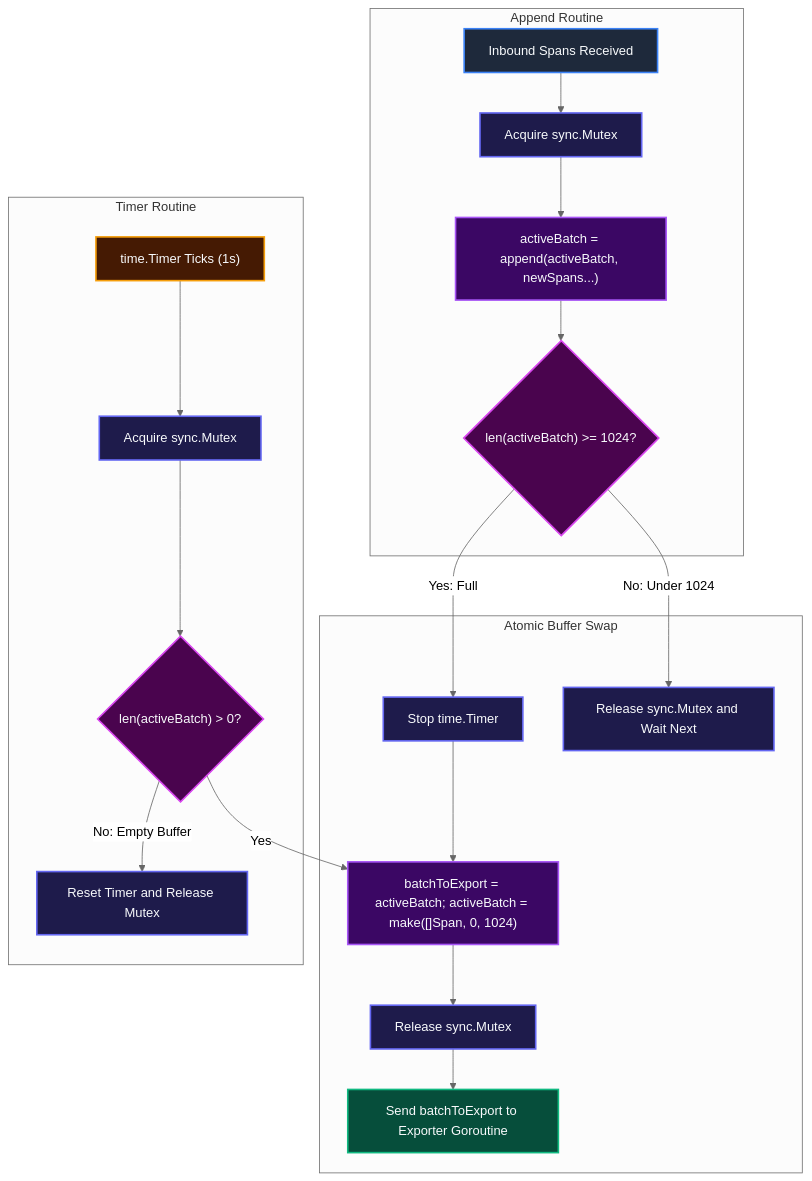
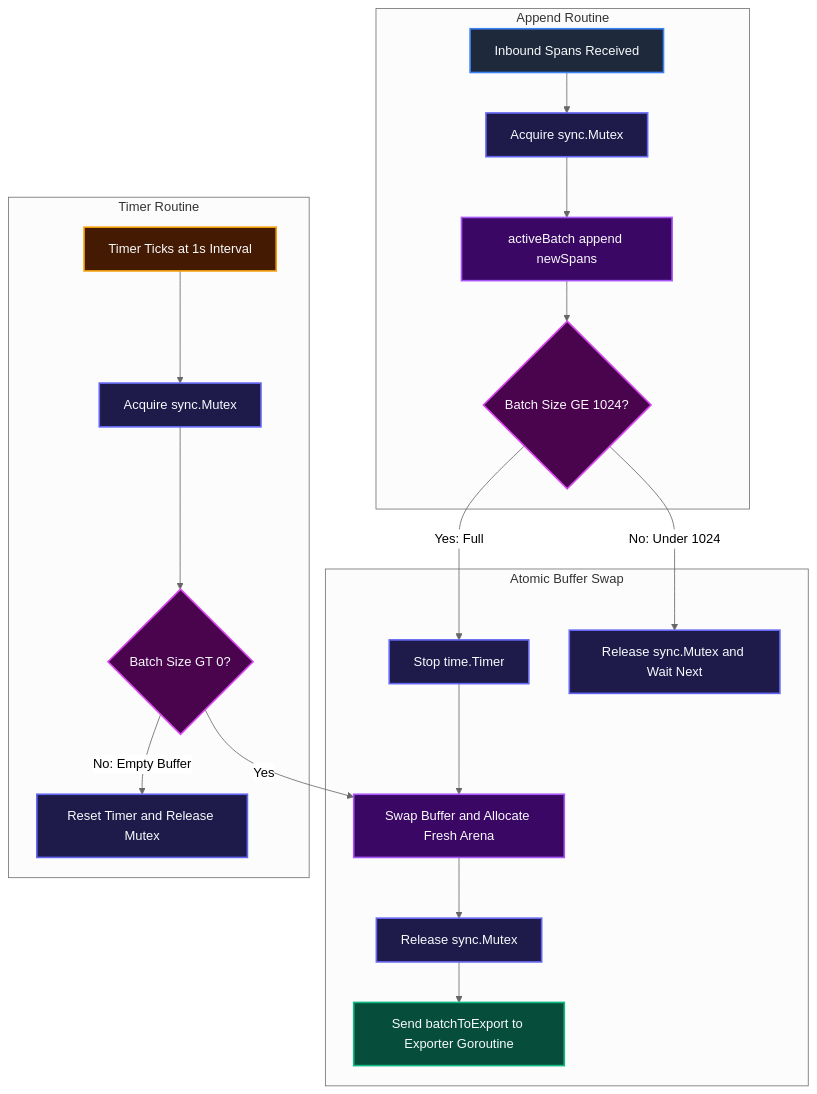
Before and after one commit to Chief-Strategist-J/llm-obs-infra: diagram 12 of 22 in docs/configDoc/otel-collector-configuration-guide.md, drawn with Mermaid (neutral theme). The commit also changed other lines of this file, not shown here.

Commit message:
fix(docs): resolve all Mermaid diagram syntax and layout rendering issues in otel configuration guide

````diff
--- a/docs/configDoc/otel-collector-configuration-guide.md
+++ b/docs/configDoc/otel-collector-configuration-guide.md
@@ -1200,38 +1223,40 @@
 ```mermaid
 graph TD
     subgraph InboundAppend ["Append Routine"]
         NewSpans["Inbound Spans Received"] --> MutexLock["Acquire sync.Mutex"]
-        MutexLock --> SliceAppend["activeBatch = append(activeBatch, newSpans...)"]
-        SliceAppend --> SizeCheck{"len(activeBatch) >= 1024?"}
+        MutexLock --> SliceAppend["activeBatch append newSpans"]
+        SliceAppend --> SizeCheck{"Batch Size GE 1024?"}
     end
 
     subgraph SwapFlush ["Atomic Buffer Swap"]
-        SizeCheck -->|Yes: Full| ResetTimer["Stop time.Timer"]
-        ResetTimer --> SwapBatch["batchToExport = activeBatch; activeBatch = make([]Span, 0, 1024)"]
+        ResetTimer["Stop time.Timer"] --> SwapBatch["Swap Buffer and Allocate Fresh Arena"]
         SwapBatch --> ReleaseMutex["Release sync.Mutex"]
         ReleaseMutex --> SendOutboundChannel["Send batchToExport to Exporter Goroutine"]
-
-        SizeCheck -->|No: Under 1024| ReleaseWait["Release sync.Mutex and Wait Next"]
+        ReleaseWait["Release sync.Mutex and Wait Next"]
     end
 
     subgraph TimerTicker ["Timer Routine"]
-        TimerExpires["time.Timer Ticks (1s)"] --> AcquireTimerMutex["Acquire sync.Mutex"]
-        AcquireTimerMutex --> LenCheck{"len(activeBatch) > 0?"}
-        LenCheck -->|Yes| SwapBatch
-        LenCheck -->|No: Empty Buffer| ReleaseTimerMutex["Reset Timer and Release Mutex"]
+        TimerExpires["Timer Ticks at 1s Interval"] --> AcquireTimerMutex["Acquire sync.Mutex"]
+        AcquireTimerMutex --> LenCheck{"Batch Size GT 0?"}
+        ReleaseTimerMutex["Reset Timer and Release Mutex"]
     end
+
+    SizeCheck -->|Yes: Full| ResetTimer
+    SizeCheck -->|No: Under 1024| ReleaseWait
+    LenCheck -->|Yes| SwapBatch
+    LenCheck -->|No: Empty Buffer| ReleaseTimerMutex
 
     style NewSpans fill:#1e293b,stroke:#3b82f6,stroke-width:2px,color:#f8fafc
     style MutexLock fill:#1e1b4b,stroke:#6366f1,stroke-width:2px,color:#f8fafc
     style SliceAppend fill:#3b0764,stroke:#a855f7,stroke-width:2px,color:#f8fafc
     style SizeCheck fill:#4a044e,stroke:#d946ef,stroke-width:2px,color:#f8fafc
     style ResetTimer fill:#1e1b4b,stroke:#6366f1,stroke-width:2px,color:#f8fafc
     style SwapBatch fill:#3b0764,stroke:#a855f7,stroke-width:2px,color:#f8fafc
     style ReleaseMutex fill:#1e1b4b,stroke:#6366f1,stroke-width:2px,color:#f8fafc
     style SendOutboundChannel fill:#064e3b,stroke:#10b981,stroke-width:2px,color:#f8fafc
     style ReleaseWait fill:#1e1b4b,stroke:#6366f1,stroke-width:2px,color:#f8fafc
     style TimerExpires fill:#451a03,stroke:#f59e0b,stroke-width:2px,color:#f8fafc
     style AcquireTimerMutex fill:#1e1b4b,stroke:#6366f1,stroke-width:2px,color:#f8fafc
     style LenCheck fill:#4a044e,stroke:#d946ef,stroke-width:2px,color:#f8fafc
     style ReleaseTimerMutex fill:#1e1b4b,stroke:#6366f1,stroke-width:2px,color:#f8fafc
 ```
````
